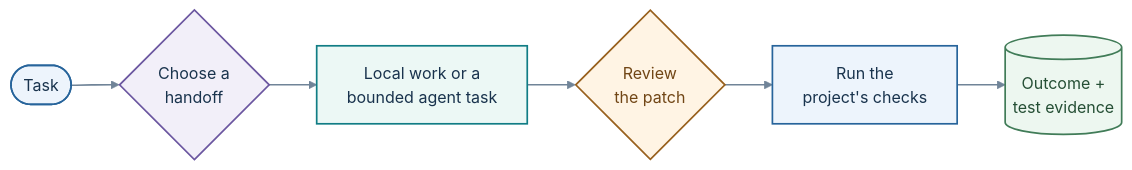
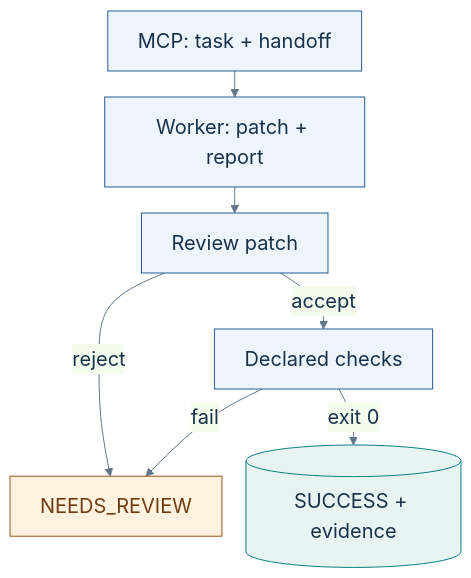
One commit to SpadesZ/dev-triangle-mcp changed the first of 3 diagrams in README.md. Above: the diagram before and after it, drawn with Mermaid. The commit also changed other lines of this file, not shown here.

Commit message:
docs: refine dev-triangle-mcp presentation and reading flow

````diff
--- a/README.md
+++ b/README.md
@@ -9,24 +14,14 @@
 ```mermaid
-%%{init: {"theme": "base", "themeVariables": {"fontFamily": "Arial, sans-serif", "fontSize": "16px", "primaryTextColor": "#19334D", "lineColor": "#708498", "edgeLabelBackground": "#FFFFFF", "background": "#FFFFFF"}, "flowchart": {"curve": "basis", "nodeSpacing": 32, "rankSpacing": 48}}}%%
-flowchart LR
-  T(["Task"]) --> H{"Choose a<br/>handoff"}
-  H --> W["Local work or a<br/>bounded agent task"]
-  W --> R{"Review<br/>the patch"}
-  R --> V["Run the<br/>project's checks"]
-  V --> O[("Outcome +<br/>test evidence")]
-
-  classDef input fill:#EDF4FC,stroke:#27649B,color:#19334D,stroke-width:1.7px;
-  classDef control fill:#F2EFF9,stroke:#6B56A0,color:#19334D,stroke-width:1.7px;
-  classDef work fill:#ECF8F5,stroke:#117D85,color:#19334D,stroke-width:1.7px;
-  classDef review fill:#FFF4E4,stroke:#98601D,color:#714616,stroke-width:1.7px;
-  classDef verify fill:#EDF4FC,stroke:#27649B,color:#19334D,stroke-width:1.7px;
-  classDef record fill:#EDF7F0,stroke:#417C58,color:#254F35,stroke-width:1.7px;
-  classDef retry fill:#FFF0EF,stroke:#AB5951,color:#7E3A34,stroke-width:1.7px;
-  linkStyle default stroke:#708498,stroke-width:1.6px;
-  class T input;
-  class H control;
-  class W work;
-  class R review;
-  class V verify;
-  class O record;
+%%{init: {"theme":"base","themeVariables":{"fontFamily":"Arial, sans-serif","fontSize":"20px","lineColor":"#61768b","primaryColor":"#edf4fc","primaryTextColor":"#18324b","primaryBorderColor":"#225c96"},"flowchart":{"nodeSpacing":24,"rankSpacing":26}}}%%
+flowchart TB
+  H["MCP: task + handoff"] --> W["Worker: patch + report"]
+  W --> R["Review patch"]
+  R -->|accept| V["Declared checks"]
+  R -->|reject| N["NEEDS_REVIEW"]
+  V -->|fail| N
+  V -->|exit 0| L[("SUCCESS + evidence")]
+  classDef review fill:#fff2de,stroke:#995719,color:#713c12;
+  classDef result fill:#e7f4f1,stroke:#087f83,color:#18324b;
+  class N review;
+  class L result;
 ```
````
